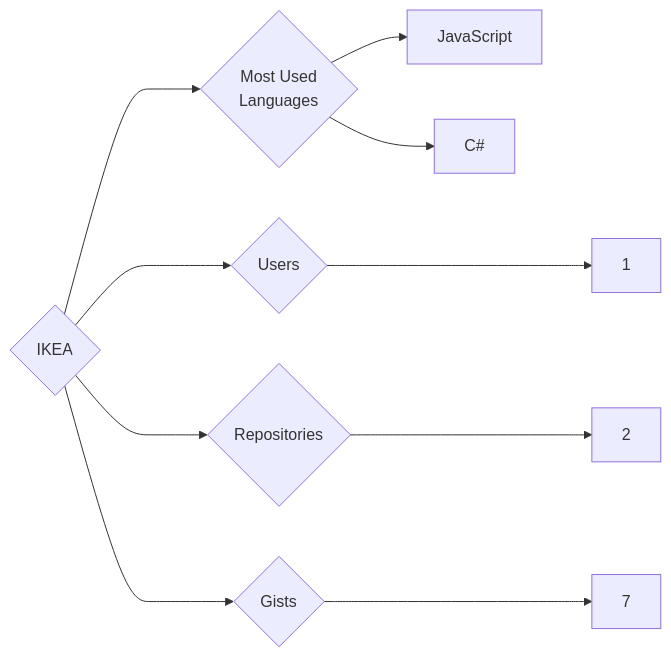
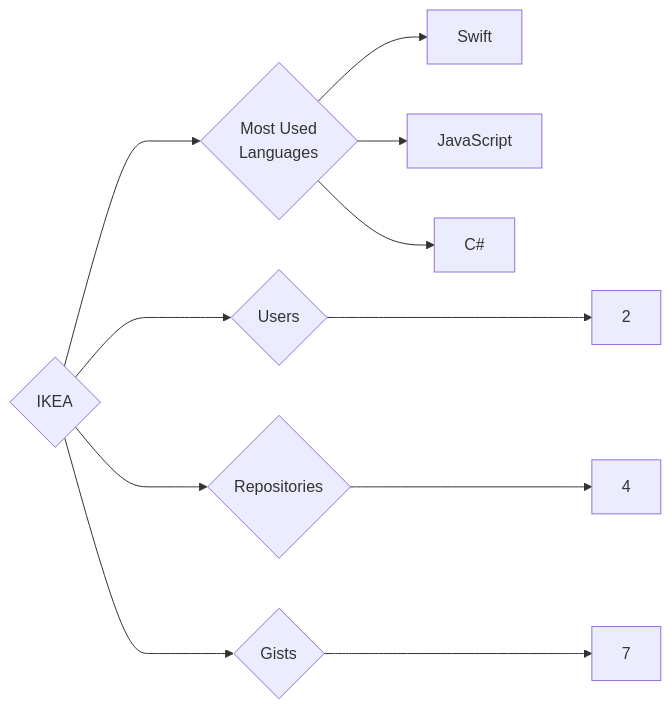
One commit to trickest/insiders changed the diagram in targets/IKEA/README.md. Above: the diagram before and after it, drawn with Mermaid. The commit also changed 873 other files, not shown here.

````diff
--- a/targets/IKEA/README.md
+++ b/targets/IKEA/README.md
@@ -3,10 +3,11 @@
 ```mermaid
 graph LR
 COMPANY_NAME{IKEA}
-COMPANY_NAME ---> U{Users} ---> UN[1]
-COMPANY_NAME ---> R{Repositories} ---> RN[2]
+COMPANY_NAME ---> U{Users} ---> UN[2]
+COMPANY_NAME ---> R{Repositories} ---> RN[4]
 COMPANY_NAME ---> G{Gists} ---> GN[7]
 COMPANY_NAME ---> ML{Most Used<br>Languages}
+ML --> Swift[Swift]
 ML --> JavaScript[JavaScript]
 ML --> C#[C#]
 ```
````
